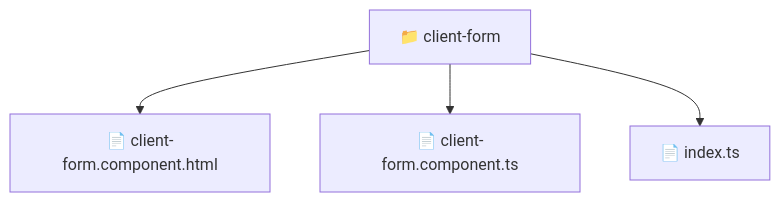
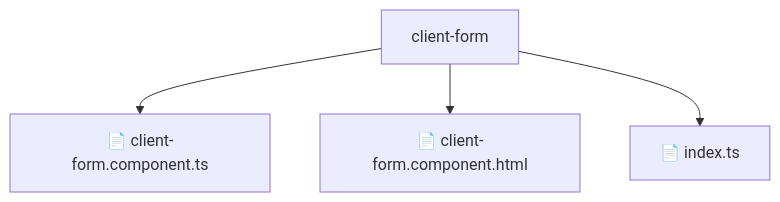
The diagram in frontend/src/features/client-form/README.md (beginwebdev2002/fullstack-mavluda), drawn with Mermaid before and after one commit. The commit also changed other lines of this file and 155 other files, not shown here.

````diff
--- a/frontend/src/features/client-form/README.md
+++ b/frontend/src/features/client-form/README.md
@@ -10,7 +14,7 @@
 ```mermaid
 graph TD
-  Root["📁 client-form"]
-  Root --> clientformcomponenthtml["📄 client-form.component.html"]
-  Root --> clientformcomponentts["📄 client-form.component.ts"]
-  Root --> indexts["📄 index.ts"]
+    Root[client-form]
+    Root --> F0[📄 client-form.component.ts]
+    Root --> F1[📄 client-form.component.html]
+    Root --> F2[📄 index.ts]
 ```
````
